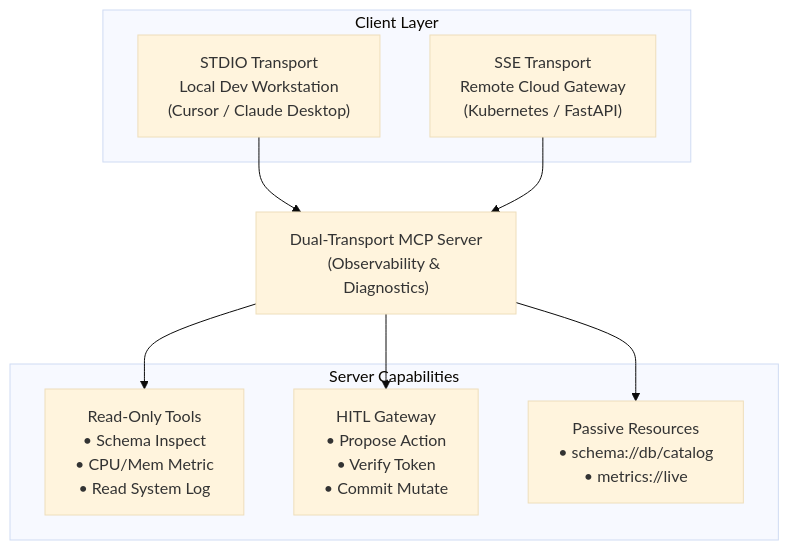
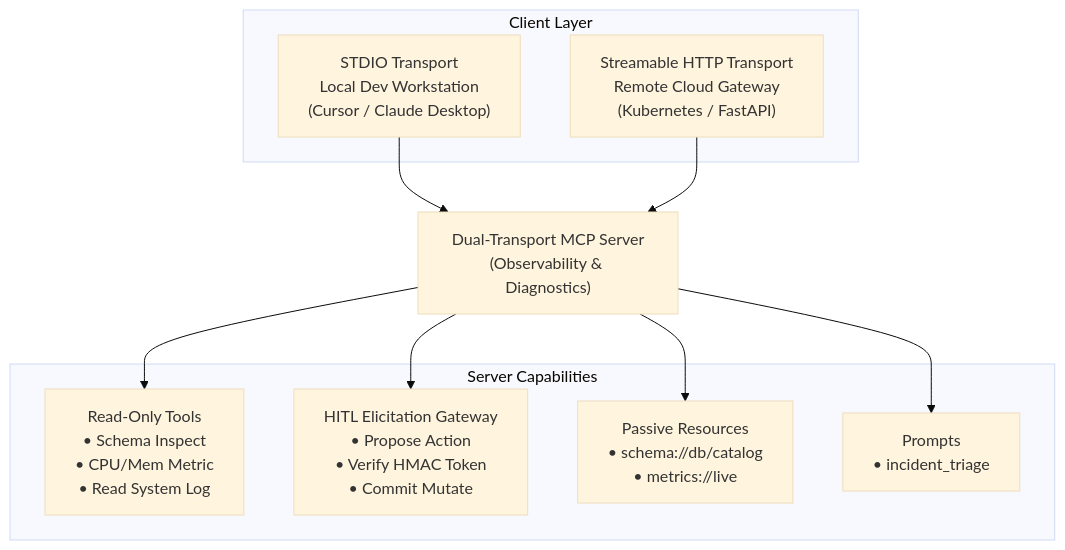
Before and after one commit to dip4k/senior-engineer-to-ai-engineer-roadmap: the diagram in 03-tools-and-model-context-protocol/labs/capstone-mcp-tool-server.md, drawn with Mermaid (base theme). The commit also changed other lines of this file and 17 other files, not shown here.

````diff
--- a/03-tools-and-model-context-protocol/labs/capstone-mcp-tool-server.md
+++ b/03-tools-and-model-context-protocol/labs/capstone-mcp-tool-server.md
@@ -18,21 +18,23 @@
 ```mermaid
 flowchart TD
     subgraph Clients["Client Layer"]
         STDIO["STDIO Transport<br/>Local Dev Workstation<br/>(Cursor / Claude Desktop)"]
-        SSE["SSE Transport<br/>Remote Cloud Gateway<br/>(Kubernetes / FastAPI)"]
+        HTTP["Streamable HTTP Transport<br/>Remote Cloud Gateway<br/>(Kubernetes / FastAPI)"]
     end
 
     SERVER["Dual-Transport MCP Server<br/>(Observability & Diagnostics)"]
 
     subgraph Capabilities["Server Capabilities"]
         TOOLS["Read-Only Tools<br/>• Schema Inspect<br/>• CPU/Mem Metric<br/>• Read System Log"]
-        HITL["HITL Gateway<br/>• Propose Action<br/>• Verify Token<br/>• Commit Mutate"]
+        HITL["HITL Elicitation Gateway<br/>• Propose Action<br/>• Verify HMAC Token<br/>• Commit Mutate"]
         RESOURCES["Passive Resources<br/>• schema://db/catalog<br/>• metrics://live"]
+        PROMPTS["Prompts<br/>• incident_triage"]
     end
 
     STDIO --> SERVER
-    SSE --> SERVER
+    HTTP --> SERVER
     SERVER --> TOOLS
     SERVER --> HITL
     SERVER --> RESOURCES
+    SERVER --> PROMPTS
 ```
````
